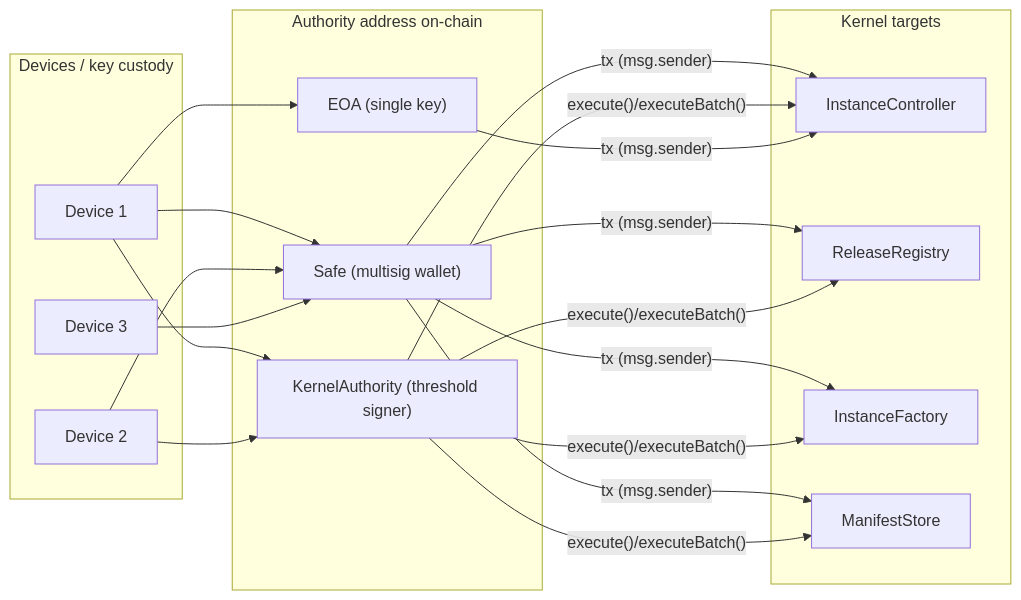
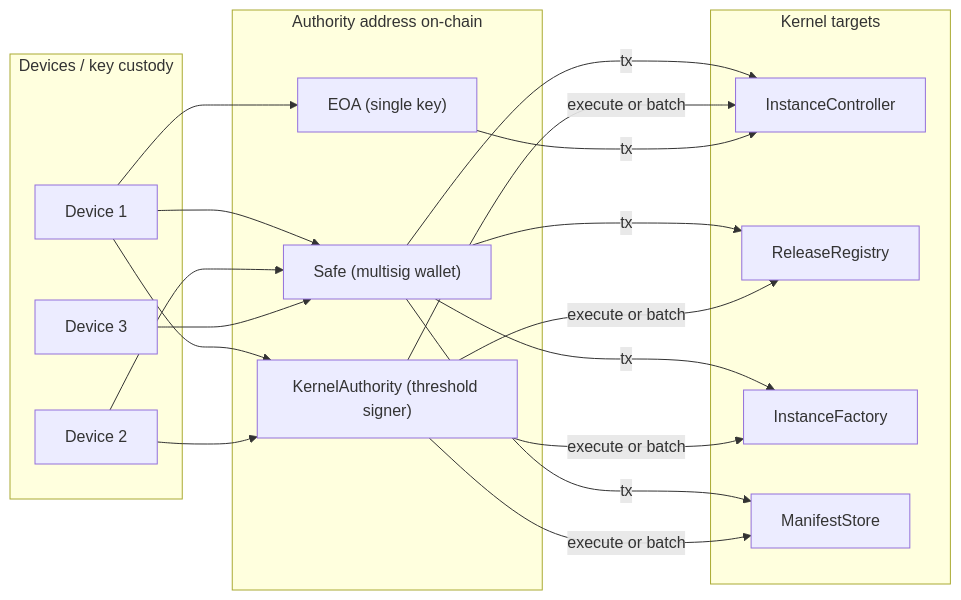
One commit to blackcatacademy/blackcat-kernel-contracts changed the first of 3 diagrams in docs/AUTHORITY_MODES.md. Above: the diagram before and after it, drawn with Mermaid. The commit also changed 3 other files, not shown here.

First line of the commit message:
docs: fix Mermaid diagrams and improve README links

````diff
--- a/docs/AUTHORITY_MODES.md
+++ b/docs/AUTHORITY_MODES.md
@@ -14,45 +14,45 @@
 ```mermaid
 flowchart LR
   %% ==== Devices ====
   subgraph Devices["Devices / key custody"]
     D1["Device 1"]
     D2["Device 2"]
     D3["Device 3"]
   end
 
   %% ==== Authorities ====
   subgraph Authorities["Authority address on-chain"]
     Safe["Safe (multisig wallet)"]
     KA["KernelAuthority (threshold signer)"]
     EOA["EOA (single key)"]
   end
 
   %% ==== Targets ====
   subgraph Targets["Kernel targets"]
     IC["InstanceController"]
     RR["ReleaseRegistry"]
     IF["InstanceFactory"]
     MS["ManifestStore"]
   end
 
   %% Mode A: Safe
   D1 --> Safe
   D2 --> Safe
   D3 --> Safe
-  Safe -->|"tx (msg.sender)"| IC
-  Safe -->|"tx (msg.sender)"| RR
-  Safe -->|"tx (msg.sender)"| IF
-  Safe -->|"tx (msg.sender)"| MS
+  Safe -->|tx| IC
+  Safe -->|tx| RR
+  Safe -->|tx| IF
+  Safe -->|tx| MS
 
   %% Mode B: KernelAuthority
   D1 --> KA
   D2 --> KA
-  KA -->|"execute()/executeBatch()"| IC
-  KA -->|"execute()/executeBatch()"| RR
-  KA -->|"execute()/executeBatch()"| IF
-  KA -->|"execute()/executeBatch()"| MS
+  KA -->|execute or batch| IC
+  KA -->|execute or batch| RR
+  KA -->|execute or batch| IF
+  KA -->|execute or batch| MS
 
   %% Mode C: EOA
   D1 --> EOA
-  EOA -->|"tx (msg.sender)"| IC
+  EOA -->|tx| IC
 ```
````
